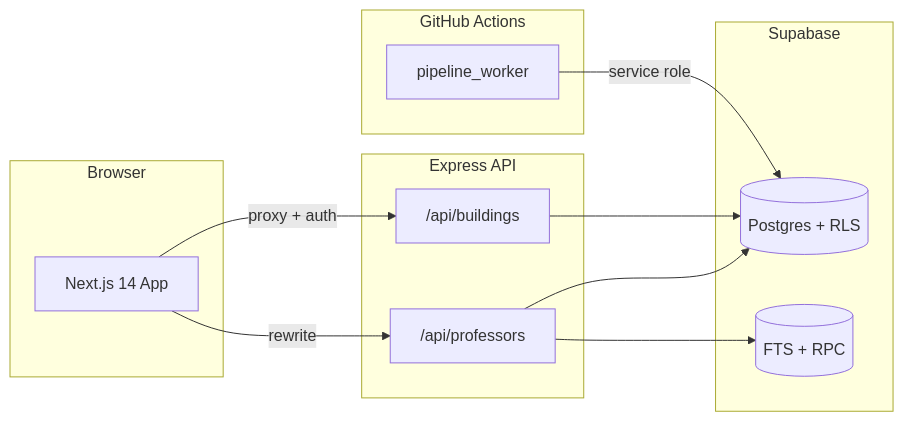
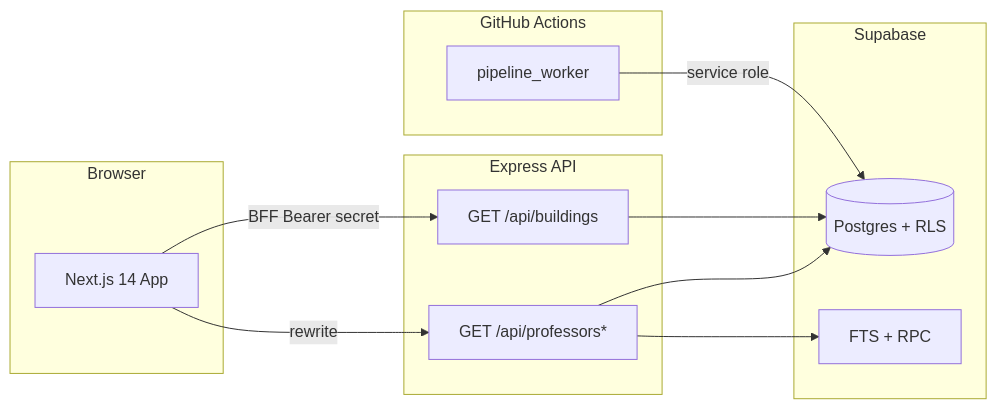
One commit to hmhngx/dson-study-spaces changed the diagram in README.md. Above: the diagram before and after it, drawn with Mermaid. The commit also changed other lines of this file and 2 other files, not shown here.

````diff
--- a/README.md
+++ b/README.md
@@ -35,27 +40,27 @@
 ```mermaid
 flowchart LR
   subgraph client [Browser]
     Next["Next.js 14 App"]
   end
 
   subgraph api [Express API]
-    Buildings["/api/buildings"]
-    Professors["/api/professors"]
+    Buildings["GET /api/buildings"]
+    Professors["GET /api/professors*"]
   end
 
   subgraph data [Supabase]
     DB[(Postgres + RLS)]
-    FTS[("FTS + RPC")]
+    FTS["FTS + RPC"]
   end
 
   subgraph ci [GitHub Actions]
     Pipeline["pipeline_worker"]
   end
 
-  Next -->|"proxy + auth"| Buildings
-  Next -->|rewrite| Professors
+  Next -->|"BFF Bearer secret"| Buildings
+  Next -->|"rewrite"| Professors
   Buildings --> DB
   Professors --> DB
   Professors --> FTS
   Pipeline -->|"service role"| DB
 ```
````
